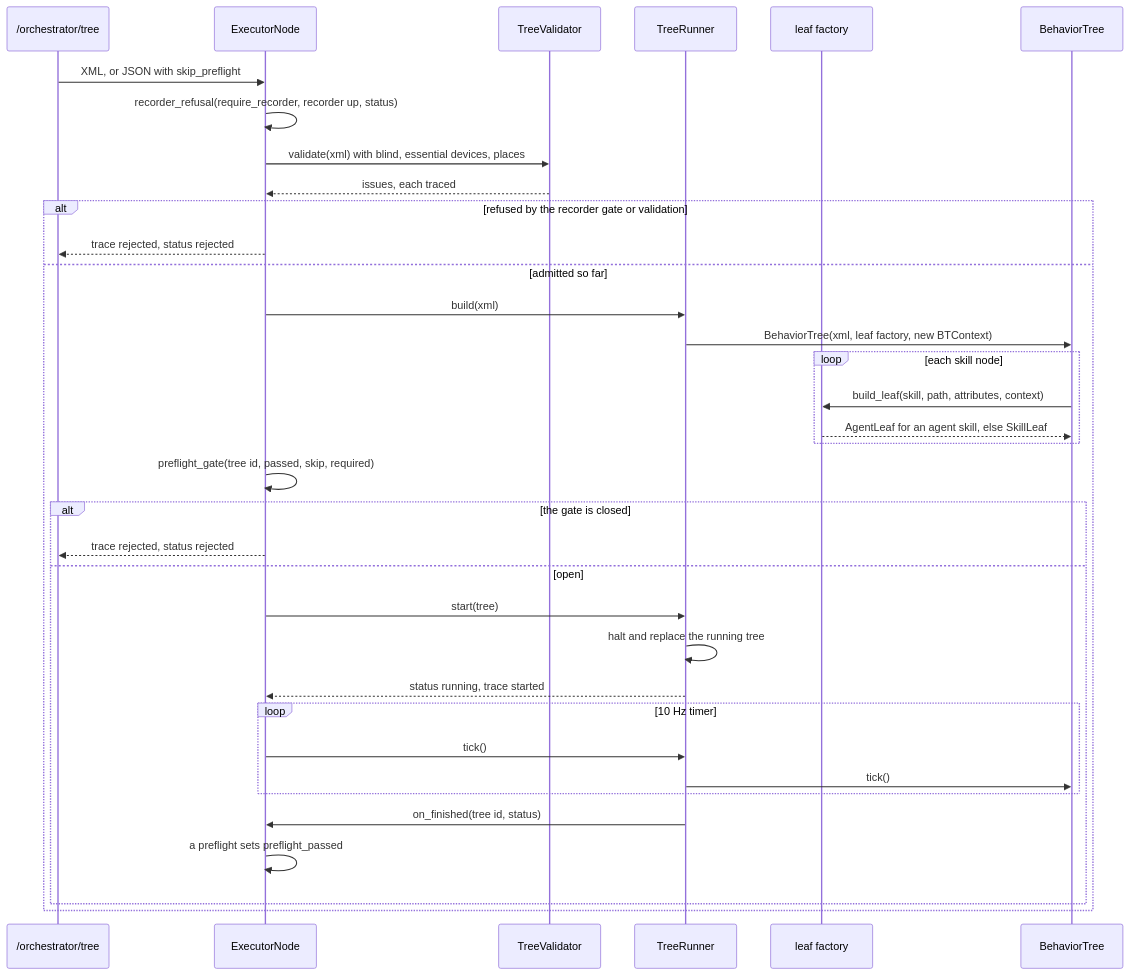
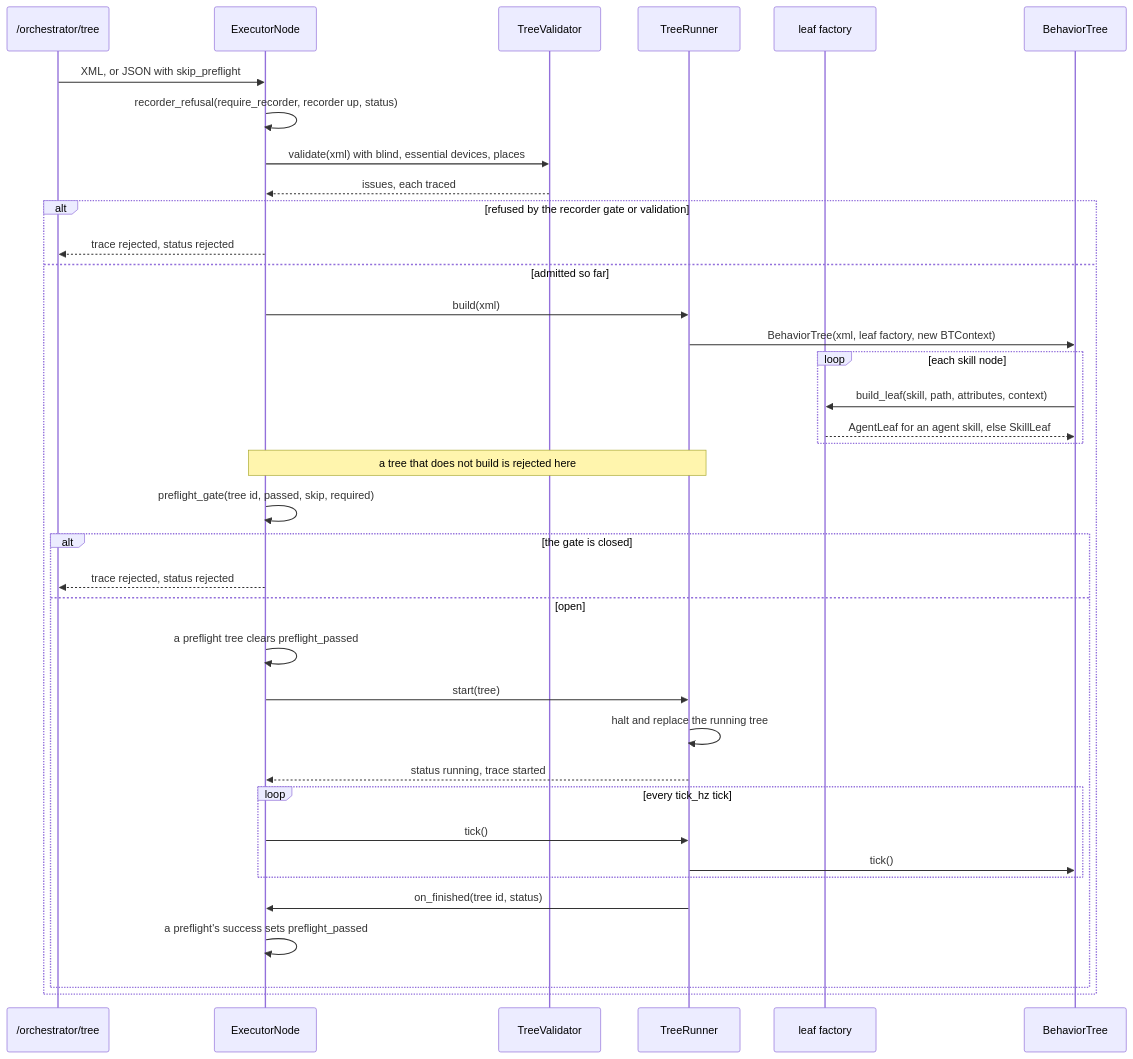
The second of 5 diagrams in docs/design/sequences.md (EigenVectorRobotics/orchestrator), drawn with Mermaid before and after one commit. The commit also changed other lines of this file and 73 other files, not shown here.

````diff
--- a/docs/design/sequences.md
+++ b/docs/design/sequences.md
@@ -46,37 +46,39 @@
 ```mermaid
 sequenceDiagram
   participant T as /orchestrator/tree
   participant EX as ExecutorNode
   participant V as TreeValidator
   participant TR as TreeRunner
   participant F as leaf factory
   participant BT as BehaviorTree
   T->>EX: XML, or JSON with skip_preflight
   EX->>EX: recorder_refusal(require_recorder, recorder up, status)
   EX->>V: validate(xml) with blind, essential devices, places
   V-->>EX: issues, each traced
   alt refused by the recorder gate or validation
     EX-->>T: trace rejected, status rejected
   else admitted so far
     EX->>TR: build(xml)
     TR->>BT: BehaviorTree(xml, leaf factory, new BTContext)
     loop each skill node
       BT->>F: build_leaf(skill, path, attributes, context)
       F-->>BT: AgentLeaf for an agent skill, else SkillLeaf
     end
+    Note over EX,TR: a tree that does not build is rejected here
     EX->>EX: preflight_gate(tree id, passed, skip, required)
     alt the gate is closed
       EX-->>T: trace rejected, status rejected
     else open
+      EX->>EX: a preflight tree clears preflight_passed
       EX->>TR: start(tree)
       TR->>TR: halt and replace the running tree
       TR-->>EX: status running, trace started
-      loop 10 Hz timer
+      loop every tick_hz tick
         EX->>TR: tick()
         TR->>BT: tick()
       end
       TR->>EX: on_finished(tree id, status)
-      EX->>EX: a preflight sets preflight_passed
+      EX->>EX: a preflight's success sets preflight_passed
     end
   end
 ```
````
